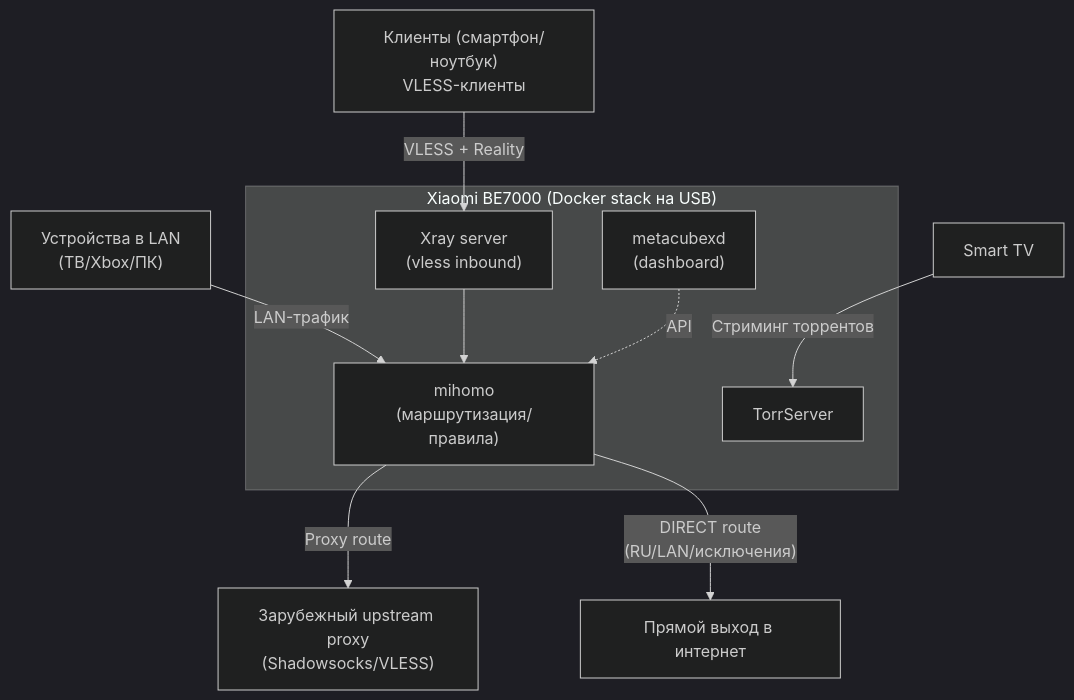
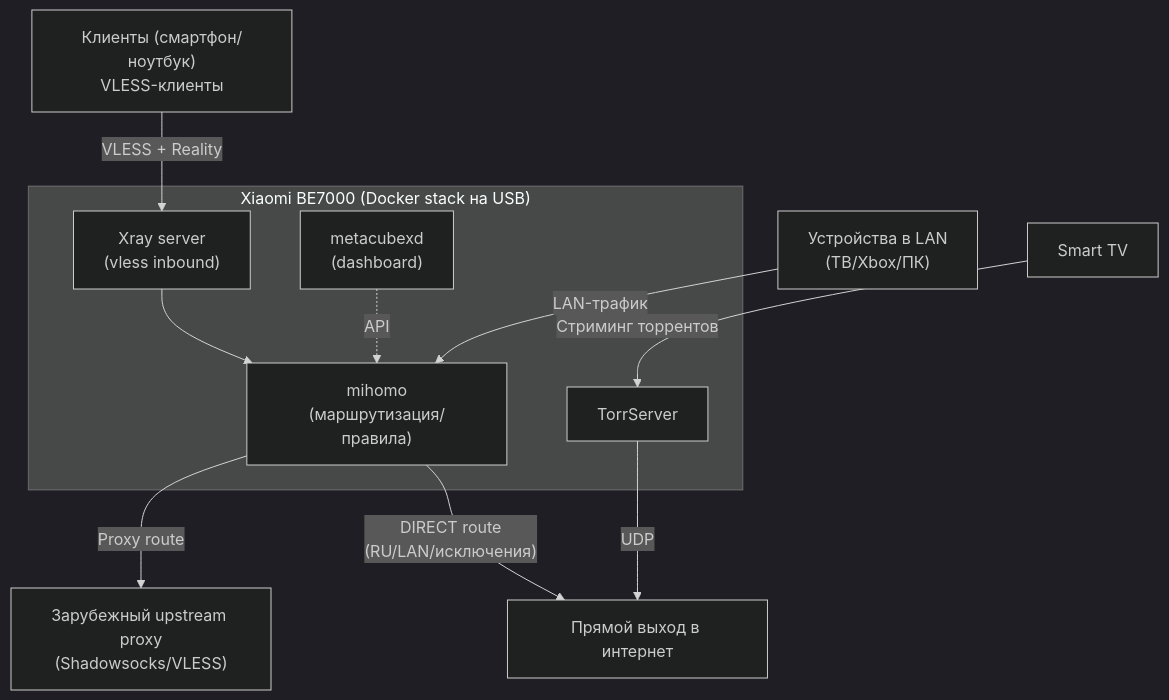
The diagram in README.md (tonatos/xiaomi-be7000-setup), drawn with Mermaid (dark theme) before and after one commit. The commit also changed other lines of this file and 5 other files, not shown here.

````diff
--- a/README.md
+++ b/README.md
@@ -18,18 +18,19 @@
 ```mermaid
 flowchart TD
   UserClient["Клиенты (смартфон/ноутбук)\nVLESS-клиенты"] -->|"VLESS + Reality"| Xray
   LanDevices["Устройства в LAN\n(ТВ/Xbox/ПК)"] -->|"LAN-трафик"| Mihomo
   SmartTV["Smart TV"] -->|"Стриминг торрентов"| Torr
+  Torr -->|"UDP"| Direct["Прямой выход в интернет"]
 
   subgraph Router["Xiaomi BE7000 (Docker stack на USB)"]
     Xray["Xray server\n(vless inbound)"]
     Mihomo["mihomo\n(маршрутизация/правила)"]
     Dashboard["metacubexd\n(dashboard)"]
     Torr["TorrServer"]
     Xray --> Mihomo
     Dashboard -. API .-> Mihomo
   end
 
   Mihomo -->|"Proxy route"| Upstream["Зарубежный upstream proxy\n(Shadowsocks/VLESS)"]
   Mihomo -->|"DIRECT route\n(RU/LAN/исключения)"| Direct["Прямой выход в интернет"]
 ```
````
